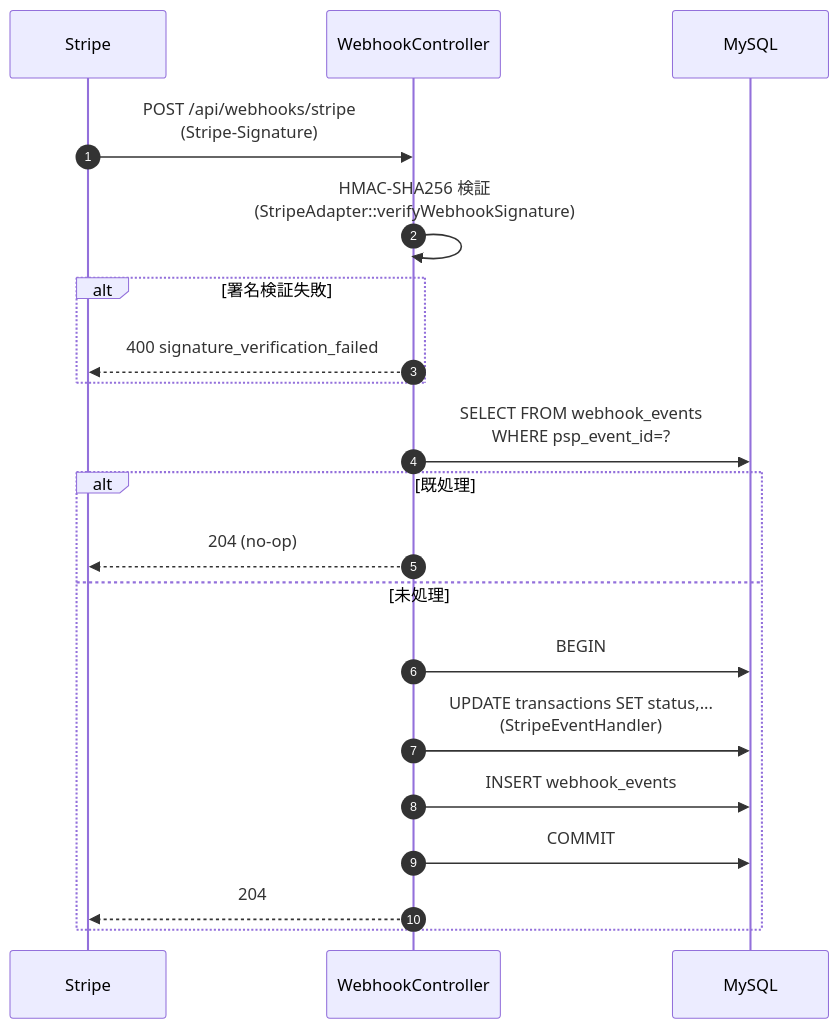
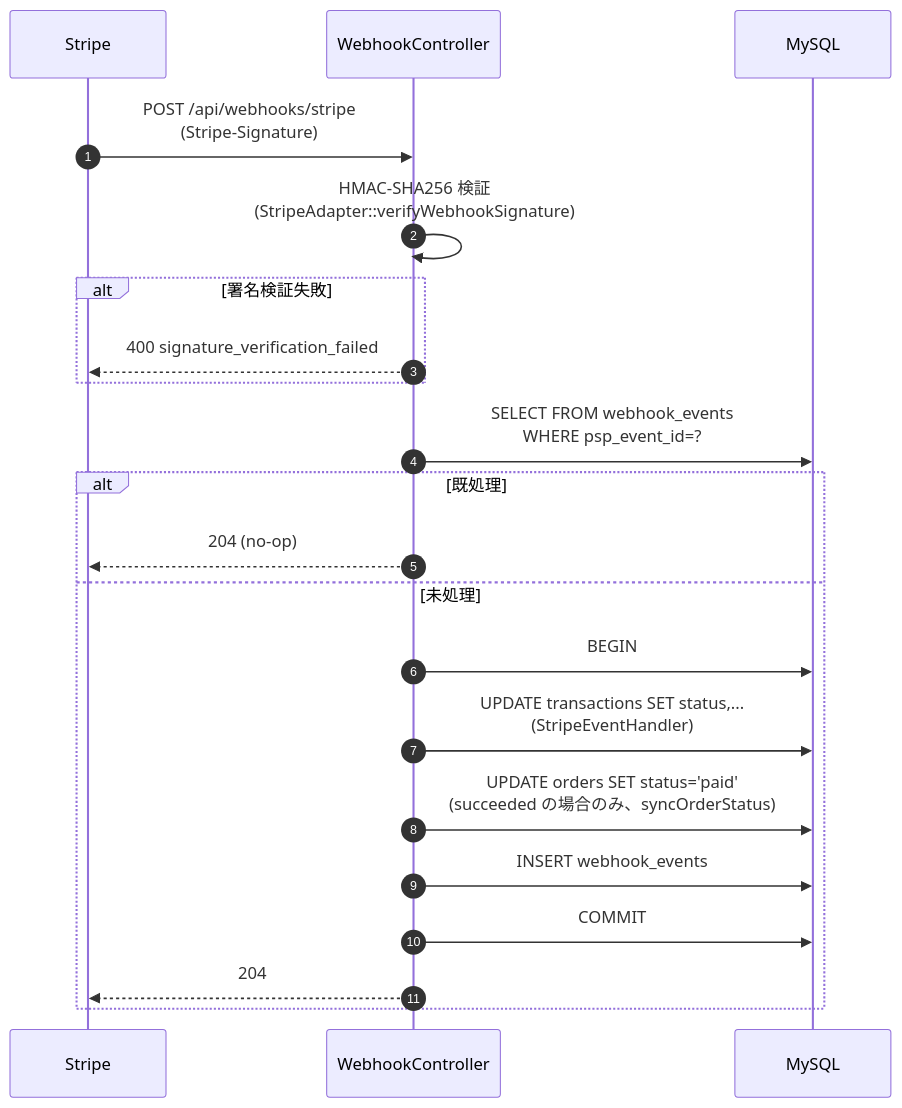
The fifth of 6 diagrams in docs/architecture.md (izdev0000/3ds2-demo), drawn with Mermaid before and after one commit. The commit also changed other lines of this file and 9 other files, not shown here.

````diff
--- a/docs/architecture.md
+++ b/docs/architecture.md
@@ -196,23 +209,24 @@
 ```mermaid
 sequenceDiagram
     autonumber
     participant S as Stripe
     participant W as WebhookController
     participant DB as MySQL
 
     S->>W: POST /api/webhooks/stripe<br/>(Stripe-Signature)
     W->>W: HMAC-SHA256 検証<br/>(StripeAdapter::verifyWebhookSignature)
     alt 署名検証失敗
         W-->>S: 400 signature_verification_failed
     end
     W->>DB: SELECT FROM webhook_events<br/>WHERE psp_event_id=?
     alt 既処理
         W-->>S: 204 (no-op)
     else 未処理
         W->>DB: BEGIN
         W->>DB: UPDATE transactions SET status,...<br/>(StripeEventHandler)
+        W->>DB: UPDATE orders SET status='paid'<br/>(succeeded の場合のみ、syncOrderStatus)
         W->>DB: INSERT webhook_events
         W->>DB: COMMIT
         W-->>S: 204
     end
 ```
````
